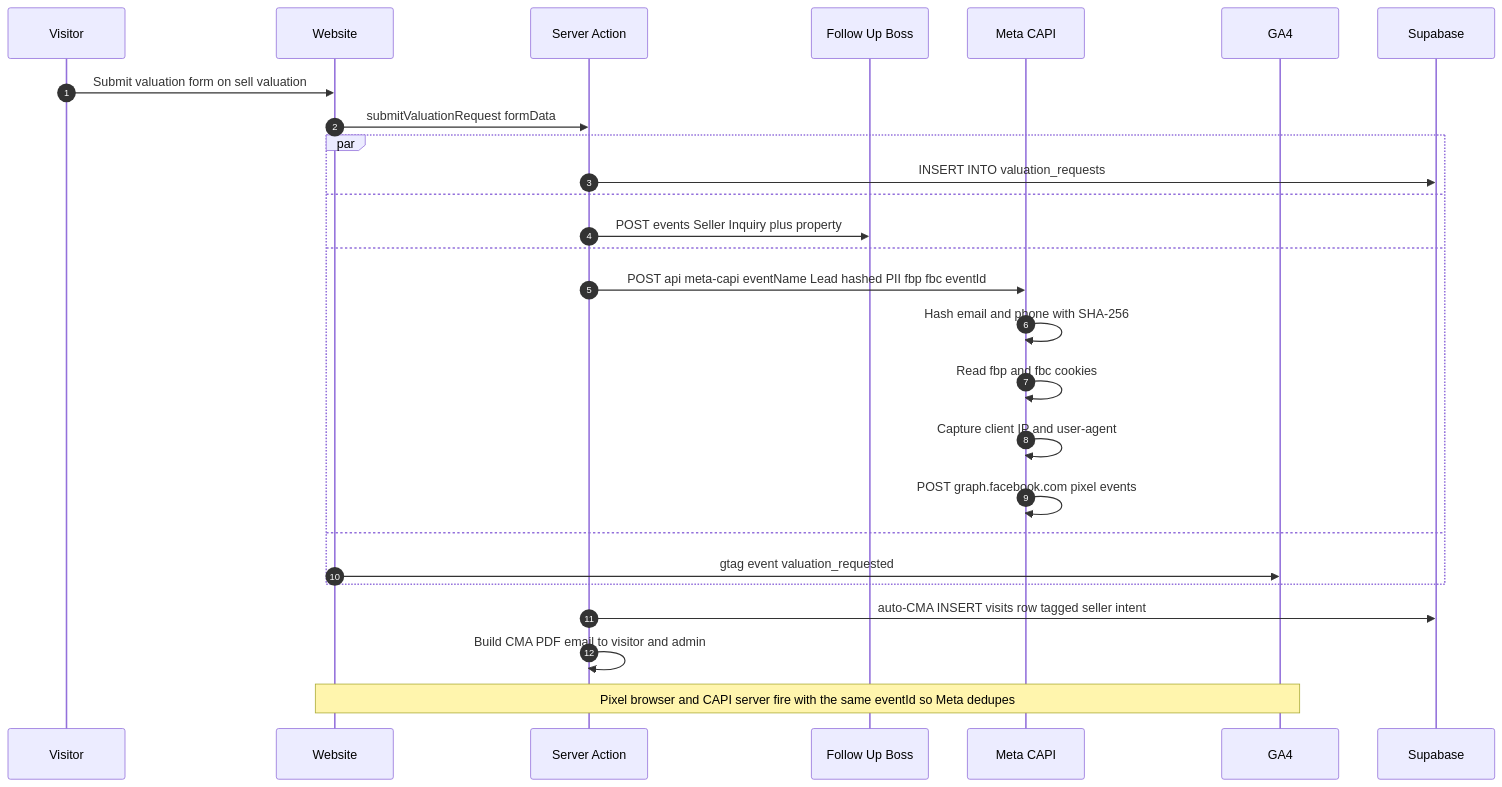
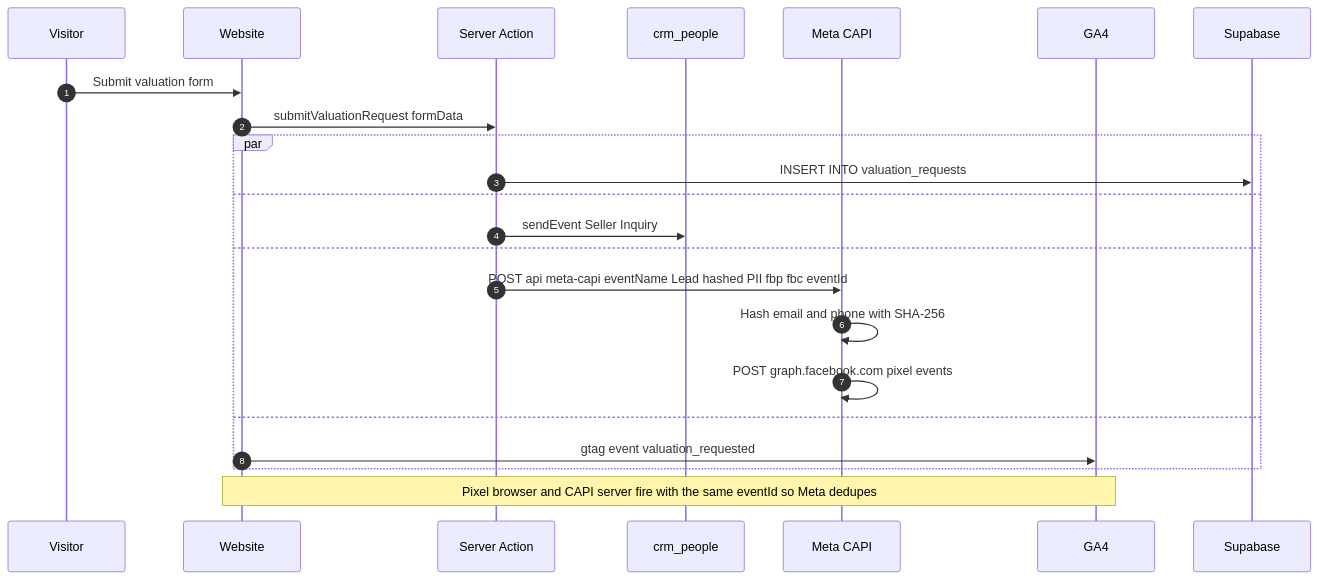
The fourth of 9 diagrams in docs/FACEBOOK_SELLER_GROWTH_PIPELINE.md (RyanRealty/RyanRealty), drawn with Mermaid before and after one commit. The commit also changed other lines of this file and 10 other files, not shown here.

First line of the commit message:
docs: drop follow up boss from marketing playbooks

````diff
--- a/docs/FACEBOOK_SELLER_GROWTH_PIPELINE.md
+++ b/docs/FACEBOOK_SELLER_GROWTH_PIPELINE.md
@@ -226,31 +223,27 @@
 ```mermaid
 sequenceDiagram
     autonumber
     participant U as Visitor
     participant W as Website
     participant SA as Server Action
-    participant FUB as Follow Up Boss
+    participant CRM as crm_people
     participant MC as Meta CAPI
     participant GA as GA4
     participant DB as Supabase
 
-    U->>W: Submit valuation form on sell valuation
+    U->>W: Submit valuation form
     W->>SA: submitValuationRequest formData
     par
         SA->>DB: INSERT INTO valuation_requests
     and
-        SA->>FUB: POST events Seller Inquiry plus property
+        SA->>CRM: sendEvent Seller Inquiry
     and
         SA->>MC: POST api meta-capi eventName Lead hashed PII fbp fbc eventId
         MC->>MC: Hash email and phone with SHA-256
-        MC->>MC: Read fbp and fbc cookies
-        MC->>MC: Capture client IP and user-agent
         MC->>MC: POST graph.facebook.com pixel events
     and
         W->>GA: gtag event valuation_requested
     end
-    SA->>DB: auto-CMA INSERT visits row tagged seller intent
-    SA->>SA: Build CMA PDF email to visitor and admin
 
     Note over W,GA: Pixel browser and CAPI server fire with the same eventId so Meta dedupes
 ```
````
